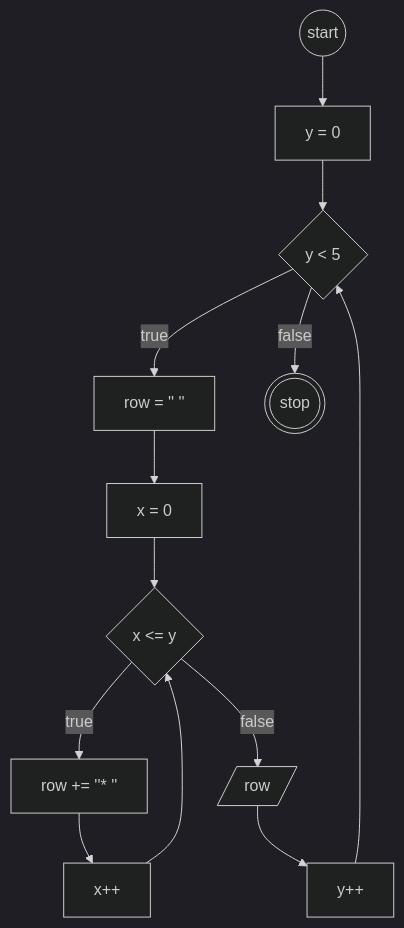
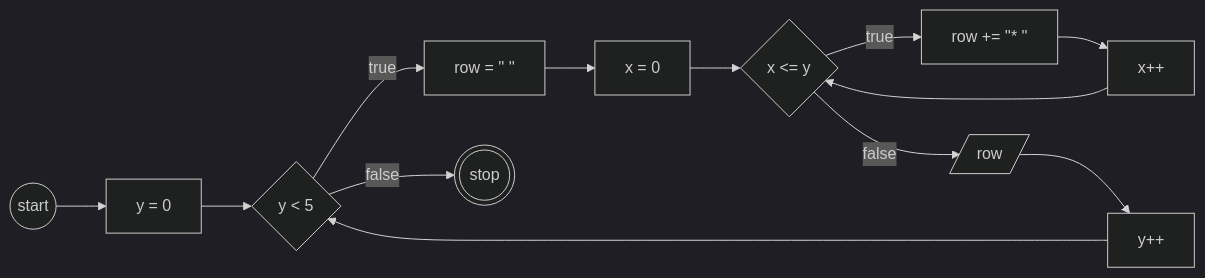
One commit to ecenn/koda-b10-javascript3 changed the second of 2 diagrams in README.md. Above: the diagram before and after it, drawn with Mermaid (dark theme).

````diff
--- a/README.md
+++ b/README.md
@@ -56,30 +56,30 @@
 ```mermaid
 
-flowchart TD
+flowchart LR
 
 start((start))
 init_y[y = 0]
 check_y{y < 5}
 init_row[row = '' '']
 init_x[x = 0]
 check_x{x <= y}
 inc_row[row += ''* '']
 inc_x[x++]
 out_row[/row/]
 inc_y[y++]
 stop(((stop)))
 
 start --> init_y
 init_y --> check_y
 check_y --false--> stop
 check_y --true--> init_row
 init_row --> init_x
 init_x --> check_x
 check_x --true--> inc_row
 inc_row --> inc_x
 inc_x --> check_x
 check_x --false--> out_row
 out_row --> inc_y
 inc_y --> check_y
 
 ```
````
